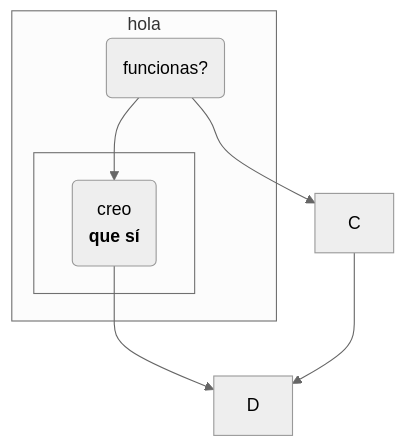
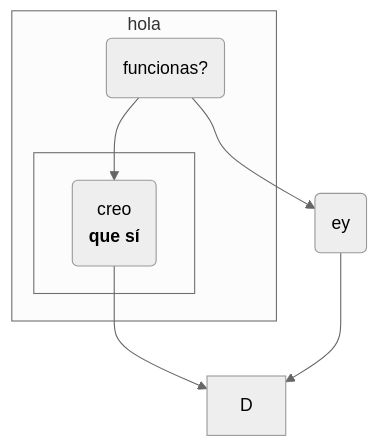
The diagram in README.md (MiguelEstebanG/diagram), drawn with Mermaid (neutral theme) before and after one commit.

````diff
--- a/README.md
+++ b/README.md
@@ -3,22 +3,23 @@
 ```mermaid
 
 graph TD;
 
     A-->B;
     A-->C;
     B-->D;
     C-->D;
 
+    C(ey);
     %%hola buenos días
     subgraph T[hola]
         A(funcionas?)
 
         subgraph G[ ]
             B(creo <br><b>que sí</b></br>)
         end
 
     end
 
     linkStyle default stroke-width: 1px;
 
 ```
````
